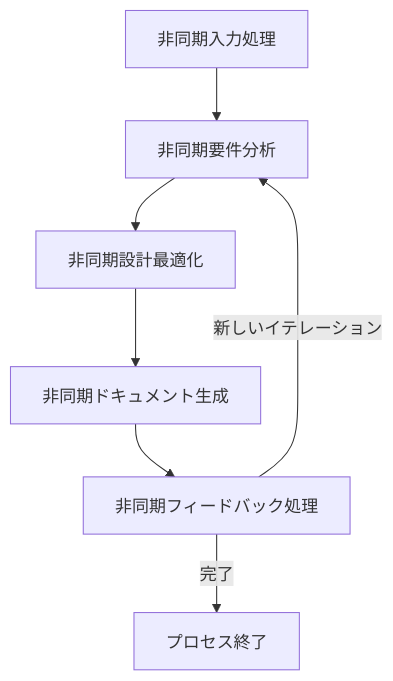
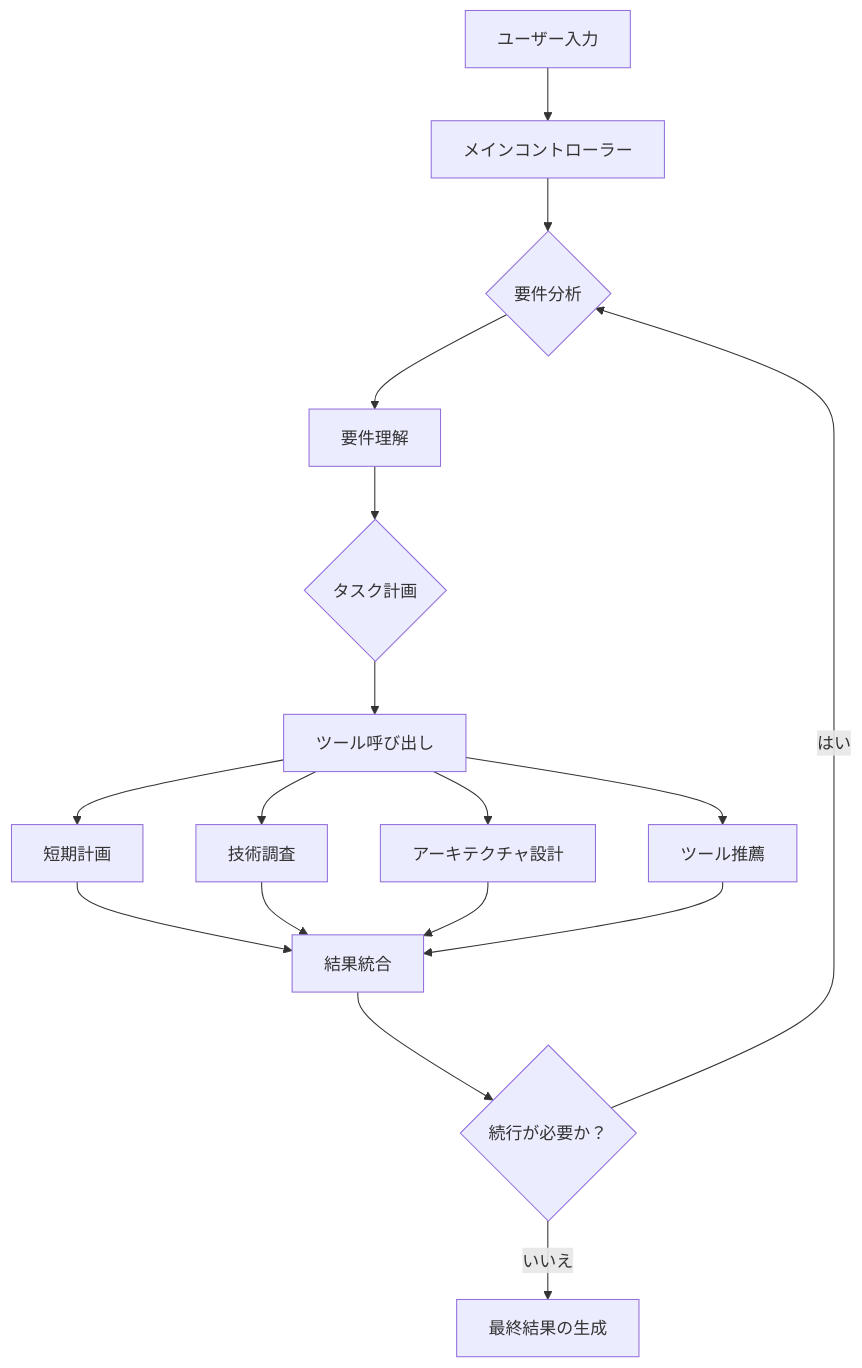
Before and after one commit to jennifer88huang/GTPlanner: the diagram in README_ja.md, drawn with Mermaid. The commit also changed other lines of this file and 8 other files, not shown here.

````diff
--- a/README_ja.md
+++ b/README_ja.md
@@ -239,9 +276,19 @@
 ```mermaid
 flowchart TD
-    inputNode[非同期入力処理] --> analysisNode[非同期要件分析]
-    analysisNode --> optimizationNode[非同期設計最適化]
-    optimizationNode --> docGenNode[非同期ドキュメント生成]
-    docGenNode --> feedbackNode[非同期フィードバック処理]
-    feedbackNode -->|新しいイテレーション| analysisNode
-    feedbackNode -->|完了| endNode[プロセス終了]
+    A[ユーザー入力] --> B[メインコントローラー]
+    B --> C{要件分析}
+    C --> D[要件理解]
+    D --> E{タスク計画}
+    E --> F[ツール呼び出し]
+    F --> G[短期計画]
+    F --> H[技術調査]
+    F --> I[アーキテクチャ設計]
+    F --> J[ツール推薦]
+    G --> K[結果統合]
+    H --> K
+    I --> K
+    J --> K
+    K --> L{続行が必要か？}
+    L -->|はい| C
+    L -->|いいえ| M[最終結果の生成]
 ```
````
